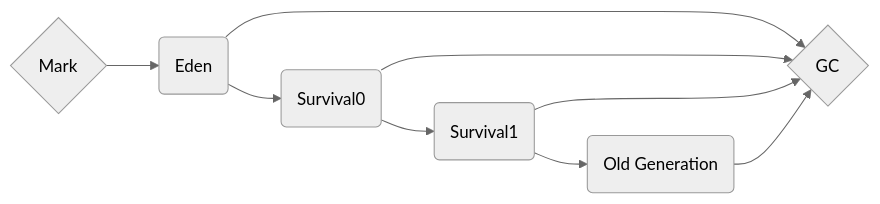
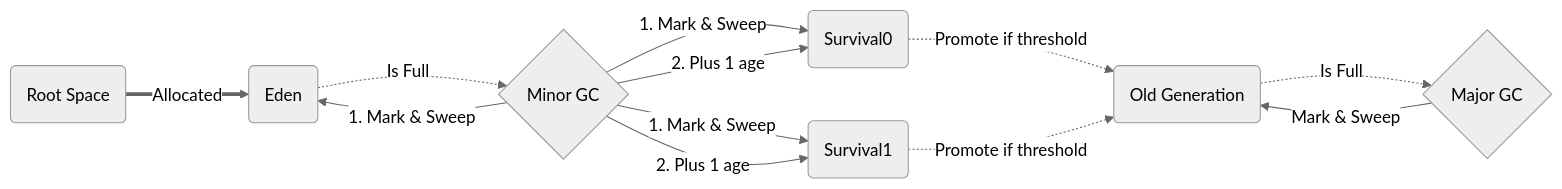
The diagram in _posts/2023-02-11-Garbage-Collection.md (hyeonseokhan/hyeonseokhan.github.io), drawn with Mermaid (neutral theme) before and after one commit. The commit also changed other lines of this file, not shown here.

````diff
--- a/_posts/2023-02-11-Garbage-Collection.md
+++ b/_posts/2023-02-11-Garbage-Collection.md
@@ -27,12 +43,10 @@
 ```mermaid
 graph LR
-
-    M{Mark} --> Eden(Eden)
-    Eden --> G{GC}
-    Eden --> S0(Survival0)
-    S0 --> G
-    S0 --> S1(Survival1)
-    S1 --> G
-    S1 --> Old(Old Generation)
-    Old --> G
+    Root(Root Space) ==>|Allocated| Eden(Eden)
+    Eden -.->|Is Full| MiGC{Minor GC}
+    MiGC -->|1. Mark & Sweep| Eden & Sur0(Survival0) & Sur1(Survival1)
+    MiGC -->|2. Plus 1 age| Sur0(Survival0) & Sur1(Survival1)
+    Sur0 & Sur1 -.->|Promote if threshold| OldGen(Old Generation)
+    OldGen -.->|Is Full| MaGC{Major GC}
+    MaGC -->|Mark & Sweep| OldGen
 ```
````
